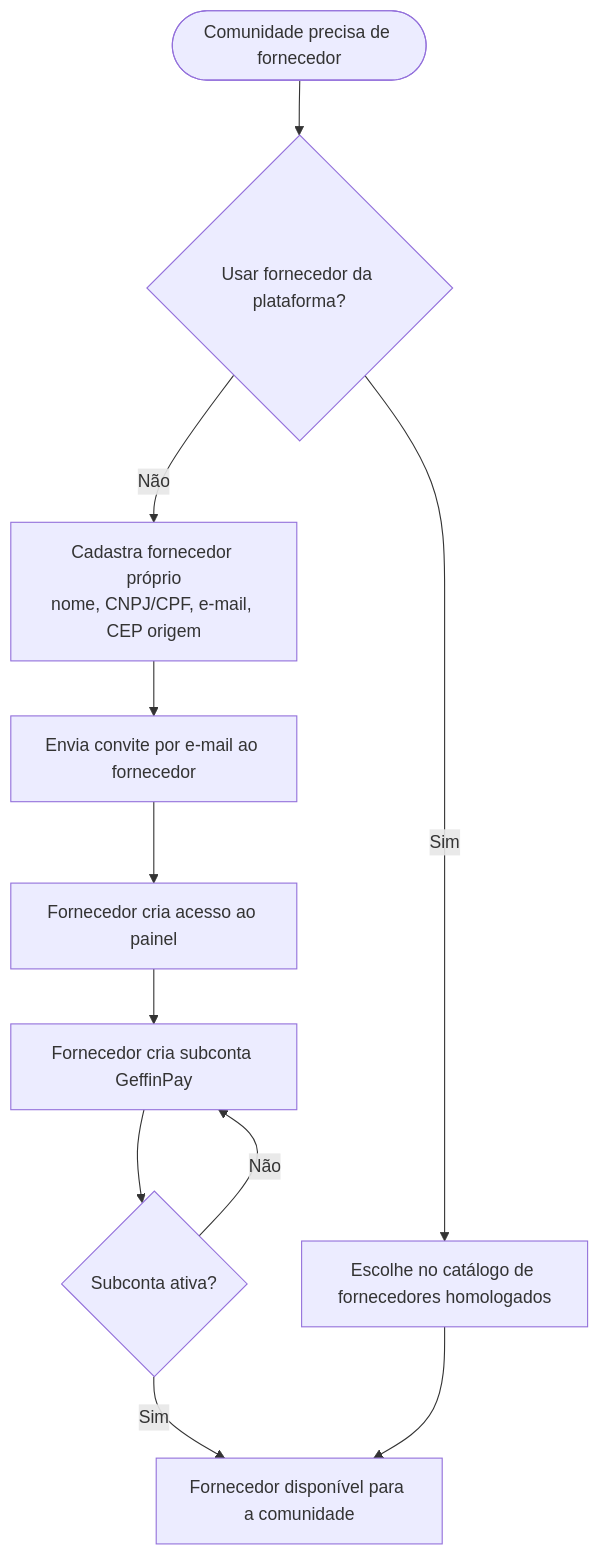
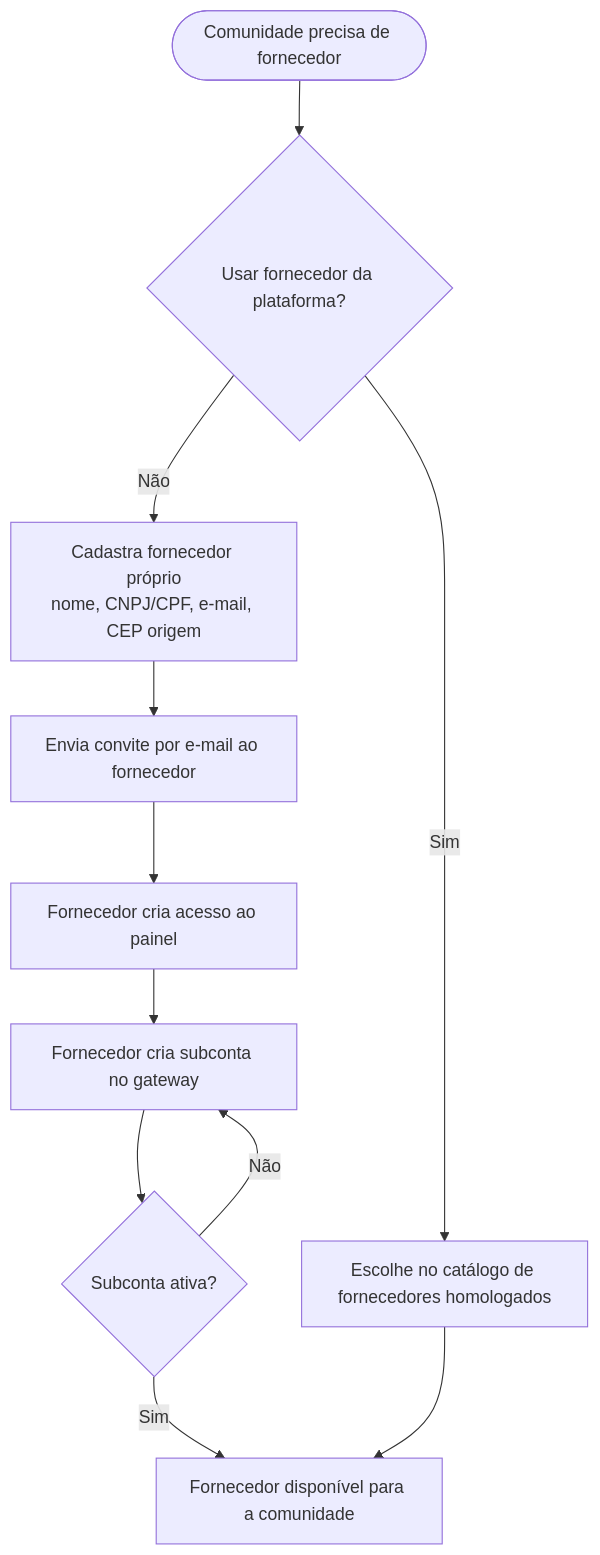
The seventh of 29 diagrams in modelo-de-negocios.md (BdsOliveira/loja-tech-brasil), drawn with Mermaid before and after one commit. The commit also changed other lines of this file, not shown here.

Commit message:
docs: substitui marca do gateway de pagamento por termo genérico

````diff
--- a/modelo-de-negocios.md
+++ b/modelo-de-negocios.md
@@ -458,13 +458,13 @@
 ```mermaid
 flowchart TD
     A([Comunidade precisa de fornecedor]) --> B{Usar fornecedor da plataforma?}
     B -- Sim --> C[Escolhe no catálogo de fornecedores homologados]
     B -- Não --> D[Cadastra fornecedor próprio<br/>nome, CNPJ/CPF, e-mail, CEP origem]
     D --> E[Envia convite por e-mail ao fornecedor]
     E --> F[Fornecedor cria acesso ao painel]
-    F --> G[Fornecedor cria subconta GeffinPay]
+    F --> G[Fornecedor cria subconta no gateway]
     G --> H{Subconta ativa?}
     H -- Não --> G
     H -- Sim --> I[Fornecedor disponível para a comunidade]
     C --> I
 ```
````
